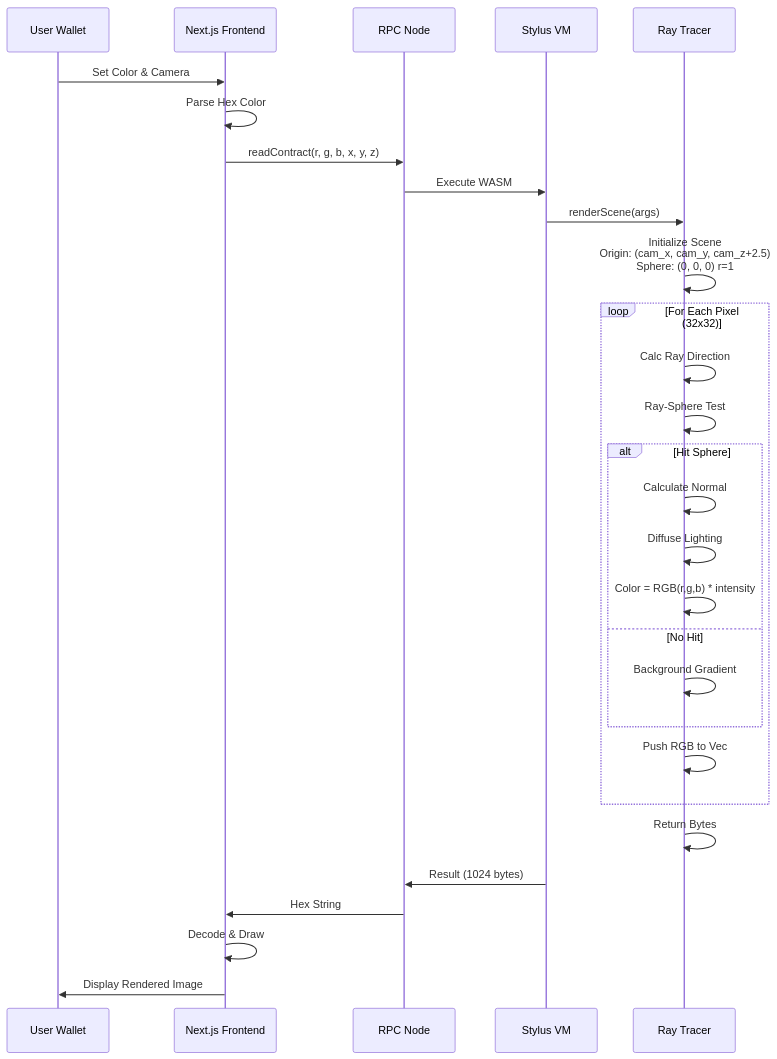
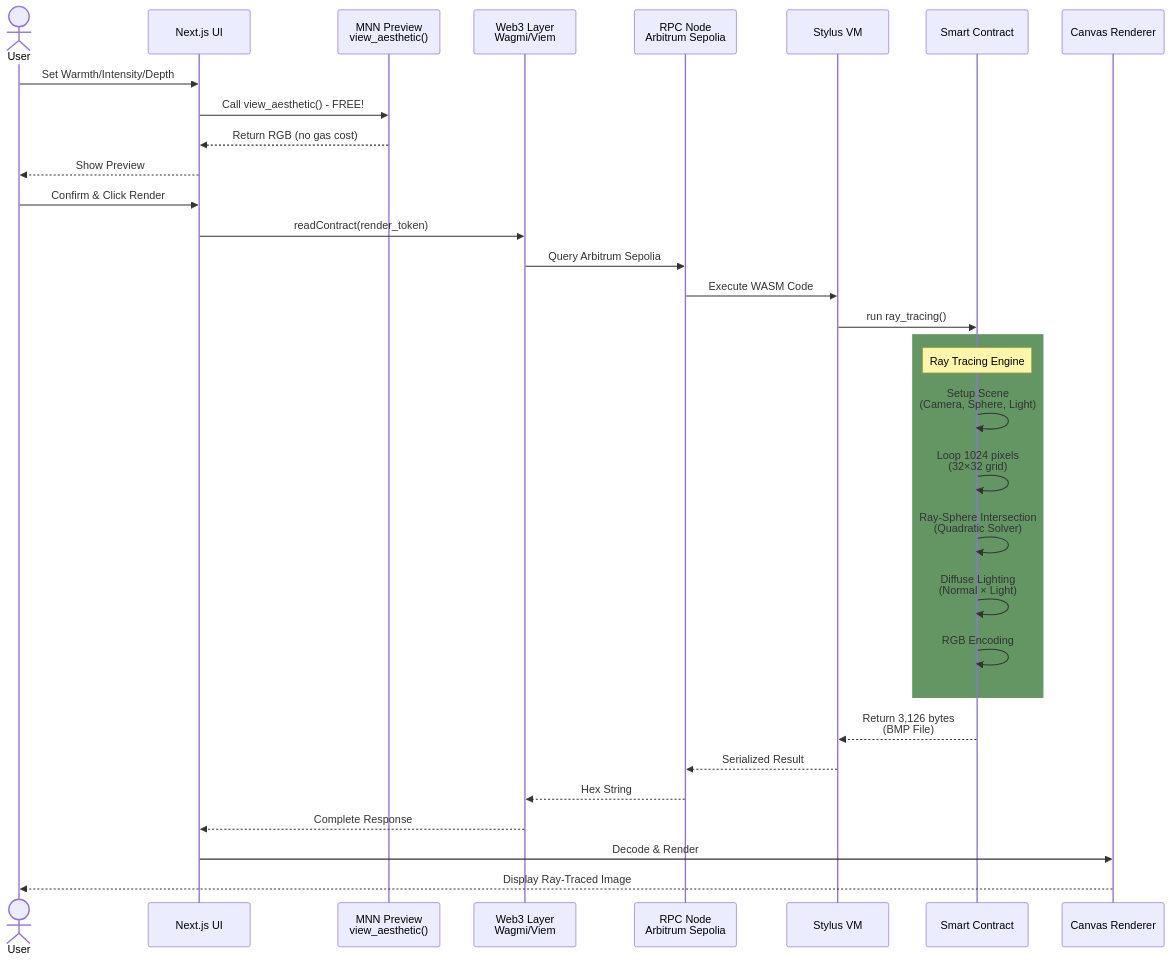
The third of 9 diagrams in README.md (pramadanif/raystylus), drawn with Mermaid before and after one commit. The commit also changed other lines of this file, not shown here.

````diff
--- a/README.md
+++ b/README.md
@@ -128,35 +223,38 @@
 ```mermaid
 sequenceDiagram
-    participant User as User Wallet
-    participant Frontend as Next.js Frontend
-    participant RPC as RPC Node
+    actor User
+    participant UI as Next.js UI
+    participant MNN as MNN Preview<br/>view_aesthetic()
+    participant Web3 as Web3 Layer<br/>Wagmi/Viem
+    participant RPC as RPC Node<br/>Arbitrum Sepolia
     participant VM as Stylus VM
-    participant Contract as Ray Tracer
+    participant Contract as Smart Contract
+    participant Output as Canvas Renderer
     
-    User->>Frontend: Set Color & Camera
-    Frontend->>Frontend: Parse Hex Color
-    Frontend->>RPC: readContract(r, g, b, x, y, z)
-    RPC->>VM: Execute WASM
-    VM->>Contract: renderScene(args)
+    User->>UI: Set Warmth/Intensity/Depth
+    UI->>MNN: Call view_aesthetic() - FREE!
+    MNN-->>UI: Return RGB (no gas cost)
+    UI-->>User: Show Preview
     
-    Contract->>Contract: Initialize Scene<br/>Origin: (cam_x, cam_y, cam_z+2.5)<br/>Sphere: (0, 0, 0) r=1
+    User->>UI: Confirm & Click Render
+    UI->>Web3: readContract(render_token)
+    Web3->>RPC: Query Arbitrum Sepolia
+    RPC->>VM: Execute WASM Code
+    VM->>Contract: run ray_tracing()
     
-    loop For Each Pixel (32x32)
-        Contract->>Contract: Calc Ray Direction
-        Contract->>Contract: Ray-Sphere Test
-        alt Hit Sphere
-            Contract->>Contract: Calculate Normal
-            Contract->>Contract: Diffuse Lighting
-            Contract->>Contract: Color = RGB(r,g,b) * intensity
-        else No Hit
-            Contract->>Contract: Background Gradient
-        end
-        Contract->>Contract: Push RGB to Vec
+    rect rgb(100, 150, 100)
+        Note over Contract: Ray Tracing Engine
+        Contract->>Contract: Setup Scene<br/>(Camera, Sphere, Light)
+        Contract->>Contract: Loop 1024 pixels<br/>(32×32 grid)
+        Contract->>Contract: Ray-Sphere Intersection<br/>(Quadratic Solver)
+        Contract->>Contract: Diffuse Lighting<br/>(Normal × Light)
+        Contract->>Contract: RGB Encoding
     end
     
-    Contract->>Contract: Return Bytes
-    VM->>RPC: Result (1024 bytes)
-    RPC->>Frontend: Hex String
-    Frontend->>Frontend: Decode & Draw
-    Frontend->>User: Display Rendered Image
+    Contract-->>VM: Return 3,126 bytes<br/>(BMP File)
+    VM-->>RPC: Serialized Result
+    RPC-->>Web3: Hex String
+    Web3-->>UI: Complete Response
+    UI->>Output: Decode & Render
+    Output-->>User: Display Ray-Traced Image
 ```
````
